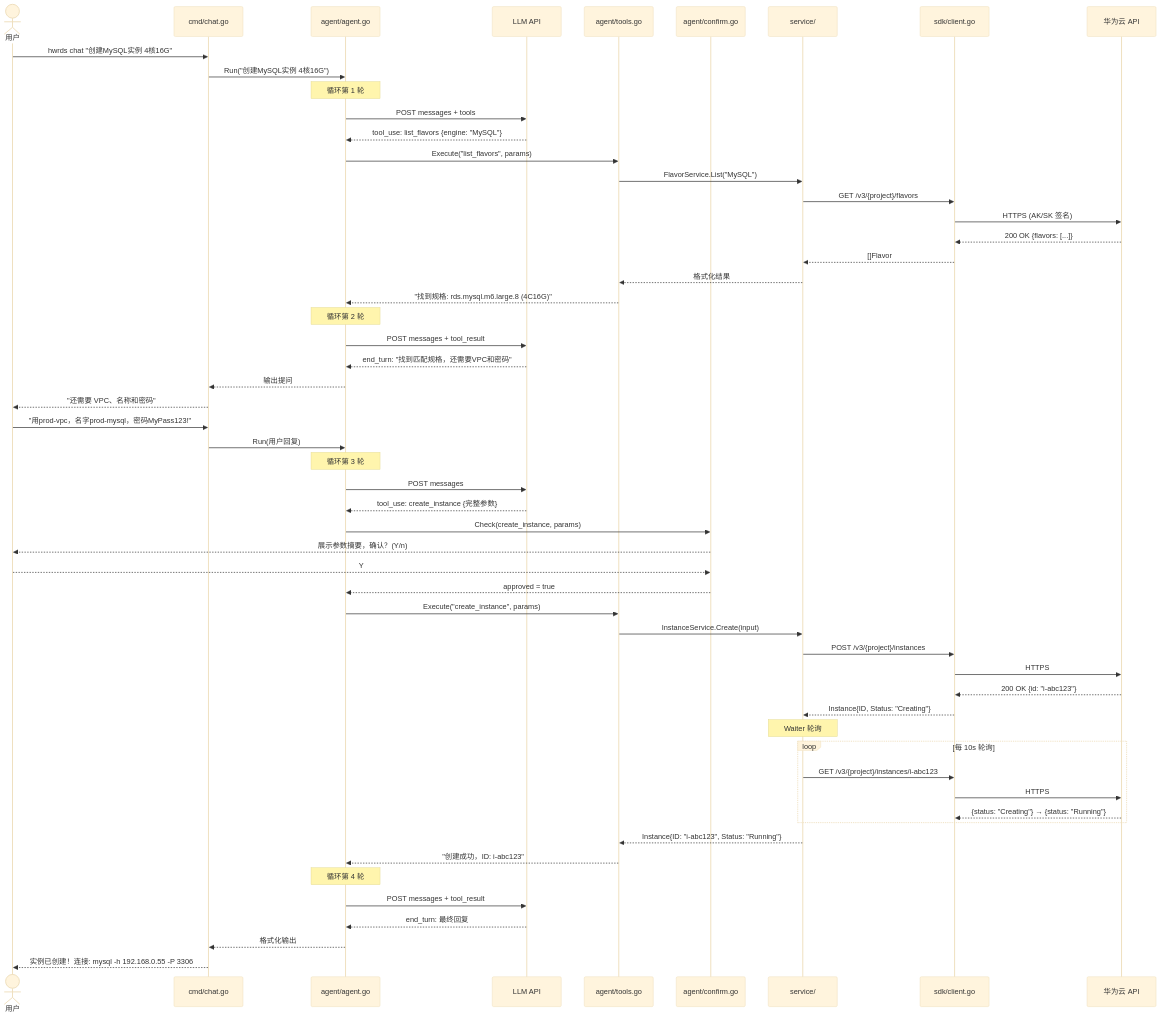
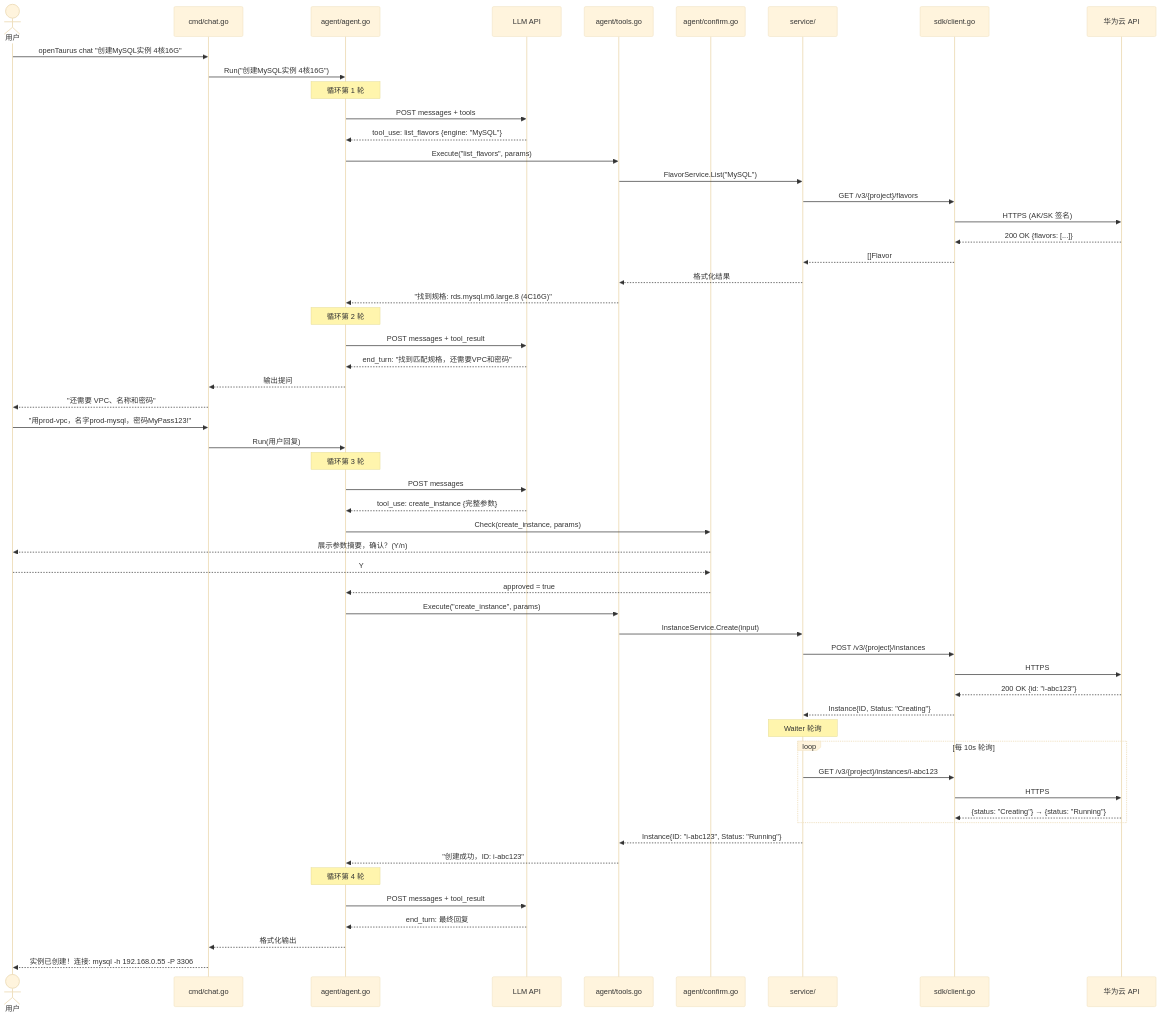
Before and after one commit to youweichen0208/blog: diagram 15 of 15 in docs/projects/cli-agent/index.md, drawn with Mermaid (base theme). The commit also changed other lines of this file, not shown here.

Commit message:
openTaurus cli架构图

````diff
--- a/docs/projects/cli-agent/index.md
+++ b/docs/projects/cli-agent/index.md
@@ -680,66 +864,66 @@
 ```mermaid
 sequenceDiagram
     actor User as  用户
     participant Chat as cmd/chat.go
     participant Agent as agent/agent.go
     participant LLM as LLM API
     participant Tools as agent/tools.go
     participant Confirm as agent/confirm.go
     participant Service as service/
     participant SDK as sdk/client.go
     participant Cloud as 华为云 API
 
-    User->>Chat: hwrds chat "创建MySQL实例 4核16G"
+    User->>Chat: openTaurus chat "创建MySQL实例 4核16G"
     Chat->>Agent: Run("创建MySQL实例 4核16G")
 
     Note over Agent: 循环第 1 轮
     Agent->>LLM: POST messages + tools
     LLM-->>Agent: tool_use: list_flavors {engine: "MySQL"}
     Agent->>Tools: Execute("list_flavors", params)
     Tools->>Service: FlavorService.List("MySQL")
     Service->>SDK: GET /v3/{project}/flavors
     SDK->>Cloud: HTTPS (AK/SK 签名)
     Cloud-->>SDK: 200 OK {flavors: [...]}
     SDK-->>Service: []Flavor
     Service-->>Tools: 格式化结果
     Tools-->>Agent: "找到规格: rds.mysql.m6.large.8 (4C16G)"
 
     Note over Agent: 循环第 2 轮
     Agent->>LLM: POST messages + tool_result
     LLM-->>Agent: end_turn: "找到匹配规格，还需要VPC和密码"
     Agent-->>Chat: 输出提问
     Chat-->>User: "还需要 VPC、名称和密码"
 
     User->>Chat: "用prod-vpc，名字prod-mysql，密码MyPass123!"
     Chat->>Agent: Run(用户回复)
 
     Note over Agent: 循环第 3 轮
     Agent->>LLM: POST messages
     LLM-->>Agent: tool_use: create_instance {完整参数}
     Agent->>Confirm: Check(create_instance, params)
     Confirm-->>User: 展示参数摘要，确认？(Y/n)
     User-->>Confirm: Y
     Confirm-->>Agent: approved = true
     Agent->>Tools: Execute("create_instance", params)
     Tools->>Service: InstanceService.Create(input)
     Service->>SDK: POST /v3/{project}/instances
     SDK->>Cloud: HTTPS
     Cloud-->>SDK: 200 OK {id: "i-abc123"}
     SDK-->>Service: Instance{ID, Status: "Creating"}
 
     Note over Service: Waiter 轮询
     loop 每 10s 轮询
         Service->>SDK: GET /v3/{project}/instances/i-abc123
         SDK->>Cloud: HTTPS
         Cloud-->>SDK: {status: "Creating"} → {status: "Running"}
     end
 
     Service-->>Tools: Instance{ID: "i-abc123", Status: "Running"}
     Tools-->>Agent: "创建成功，ID: i-abc123"
 
     Note over Agent: 循环第 4 轮
     Agent->>LLM: POST messages + tool_result
     LLM-->>Agent: end_turn: 最终回复
     Agent-->>Chat: 格式化输出
     Chat-->>User: 实例已创建！连接: mysql -h 192.168.0.55 -P 3306
 ```
````
